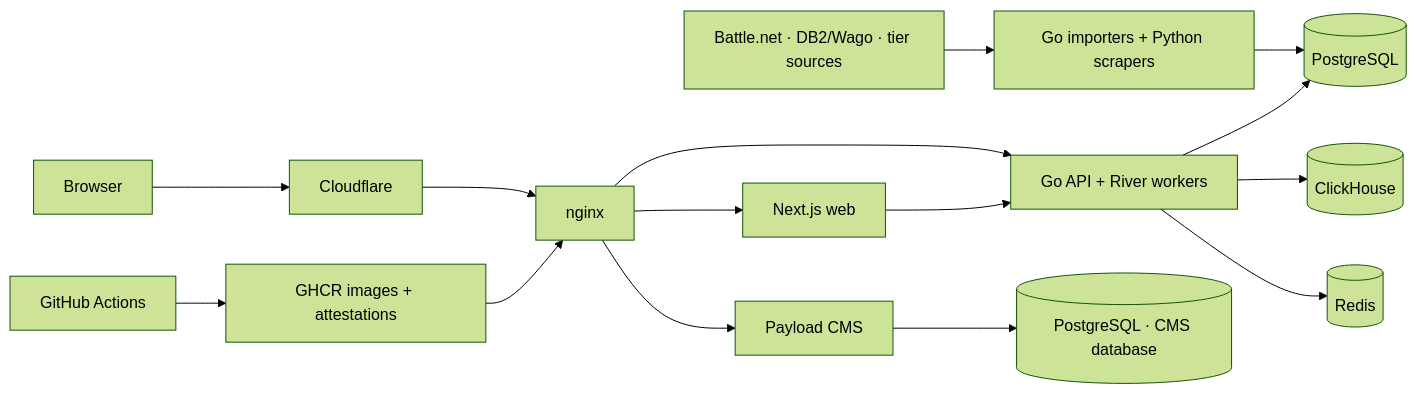
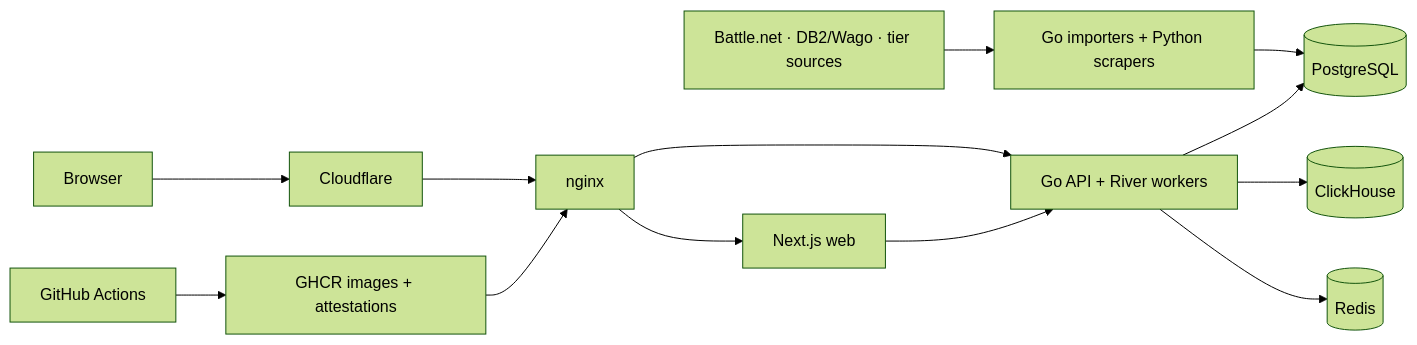
One commit to Gildra-Foundation/Gildra changed the diagram in README.md. Above: the diagram before and after it, drawn with Mermaid (forest theme). The commit also changed other lines of this file and 45 other files, not shown here.

````diff
--- a/README.md
+++ b/README.md
@@ -54,21 +53,19 @@
 ```mermaid
 flowchart LR
     Visitor[Browser] --> Edge[Cloudflare]
     Edge --> Proxy[nginx]
 
     Proxy --> Web[Next.js web]
     Proxy --> API[Go API + River workers]
-    Proxy --> CMS[Payload CMS]
 
     Sources[Battle.net · DB2/Wago · tier sources] --> Ingestion[Go importers + Python scrapers]
     Ingestion --> Postgres[(PostgreSQL)]
 
     Web --> API
     API --> Postgres
     API --> ClickHouse[(ClickHouse)]
     API --> Redis[(Redis)]
-    CMS --> CMSDB[(PostgreSQL · CMS database)]
 
     CI[GitHub Actions] --> Registry[GHCR images + attestations]
     Registry --> Proxy
 ```
````
